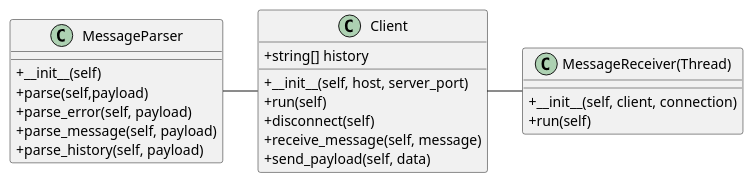
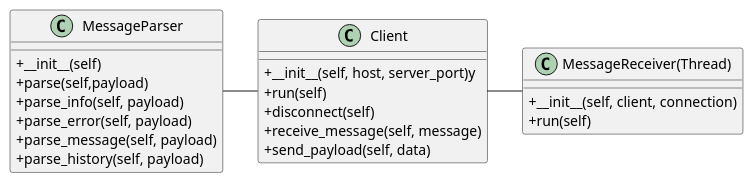
Before and after one commit to sindrehan/TTM4100-Project: the first of 4 diagrams in uml.org, drawn with PlantUML. The commit also changed other lines of this file and 7 other files, not shown here.

Commit message:
Update diagrams and minor code clean up

```diff
--- a/uml.org
+++ b/uml.org
@@ -20,29 +19,29 @@
 #+begin_src plantuml :file client_class.png
 skinparam classAttributeIconSize 0
 
 class Client{
-+string[] history
-+__init__(self, host, server_port)
++__init__(self, host, server_port)y
 +run(self)
 +disconnect(self)
 +receive_message(self, message)
 +send_payload(self, data)
 }
 
 class MessageParser{
 +__init__(self)
 +parse(self,payload)
++parse_info(self, payload)
 +parse_error(self, payload)
 +parse_message(self, payload)
 +parse_history(self, payload)
 }
 
 class "MessageReceiver(Thread)" as MessageReceiver{
 +__init__(self, client, connection)
 +run(self)
 }
 
 MessageParser - Client
 Client - MessageReceiver
 
 #+end_src
```
